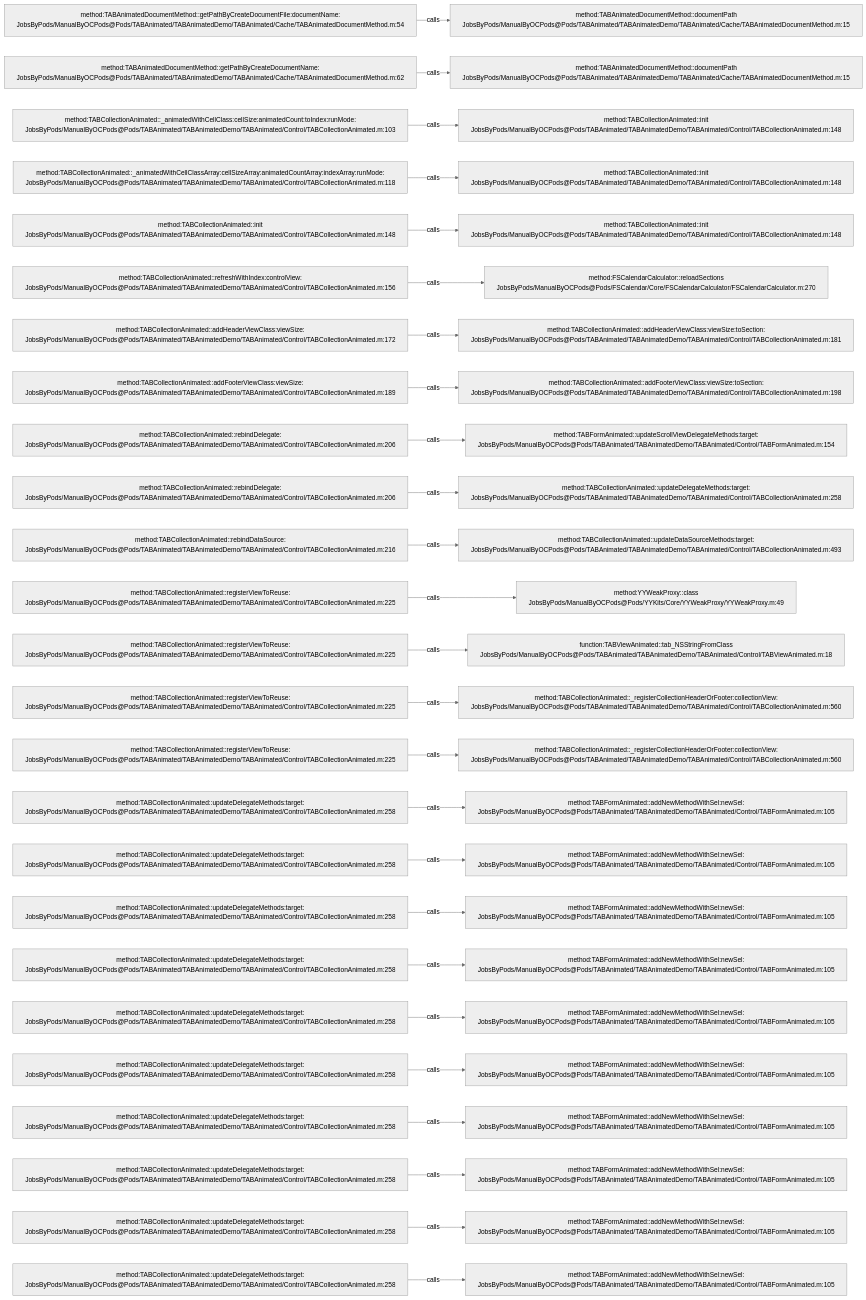
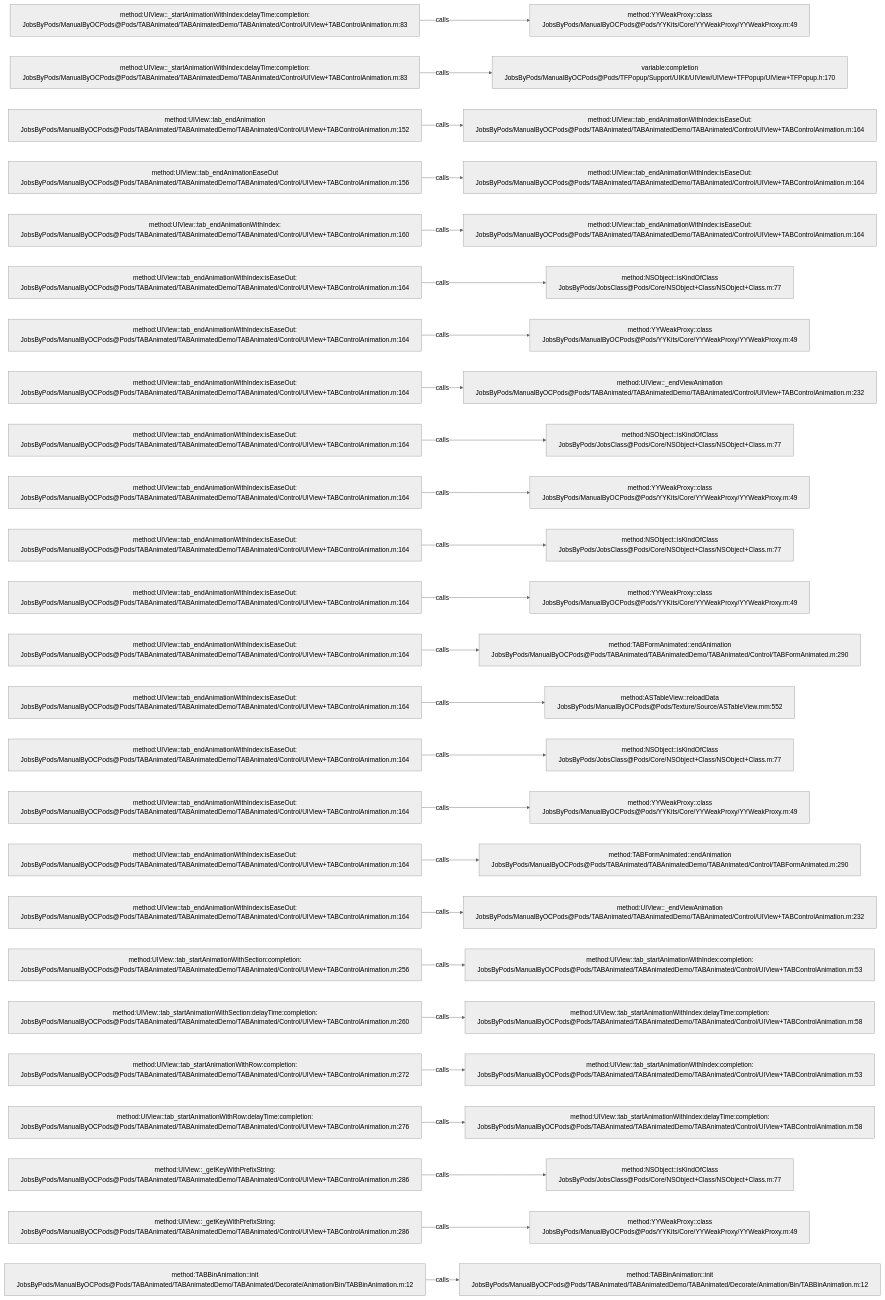
One commit to JobsKits/JobsOCBaseConfigDemo changed the diagram in .codegraph/codegraph.md/graphs/calls-029.md. Above: the diagram before and after it, drawn with Mermaid (neutral theme). The commit also changed 1223 other files, not shown here.

````diff
--- a/.codegraph/codegraph.md/graphs/calls-029.md
+++ b/.codegraph/codegraph.md/graphs/calls-029.md
@@ -13,78 +13,78 @@
 ```mermaid
 flowchart LR
-  S1["method:TABAnimatedDocumentMethod::getPathByCreateDocumentFile:documentName:<br/>JobsByPods/ManualByOCPods@Pods/TABAnimated/TABAnimatedDemo/TABAnimated/Cache/TABAnimatedDocumentMethod.m:54"]
-  T1["method:TABAnimatedDocumentMethod::documentPath<br/>JobsByPods/ManualByOCPods@Pods/TABAnimated/TABAnimatedDemo/TABAnimated/Cache/TABAnimatedDocumentMethod.m:15"]
+  S1["method:UIView::_startAnimationWithIndex:delayTime:completion:<br/>JobsByPods/ManualByOCPods@Pods/TABAnimated/TABAnimatedDemo/TABAnimated/Control/UIView+TABControlAnimation.m:83"]
+  T1["method:YYWeakProxy::class<br/>JobsByPods/ManualByOCPods@Pods/YYKits/Core/YYWeakProxy/YYWeakProxy.m:49"]
   S1 -->|calls| T1
-  S2["method:TABAnimatedDocumentMethod::getPathByCreateDocumentName:<br/>JobsByPods/ManualByOCPods@Pods/TABAnimated/TABAnimatedDemo/TABAnimated/Cache/TABAnimatedDocumentMethod.m:62"]
-  T2["method:TABAnimatedDocumentMethod::documentPath<br/>JobsByPods/ManualByOCPods@Pods/TABAnimated/TABAnimatedDemo/TABAnimated/Cache/TABAnimatedDocumentMethod.m:15"]
+  S2["method:UIView::_startAnimationWithIndex:delayTime:completion:<br/>JobsByPods/ManualByOCPods@Pods/TABAnimated/TABAnimatedDemo/TABAnimated/Control/UIView+TABControlAnimation.m:83"]
+  T2["variable:completion<br/>JobsByPods/ManualByOCPods@Pods/TFPopup/Support/UIKit/UIView/UIView+TFPopup/UIView+TFPopup.h:170"]
   S2 -->|calls| T2
-  S3["method:TABCollectionAnimated::_animatedWithCellClass:cellSize:animatedCount:toIndex:runMode:<br/>JobsByPods/ManualByOCPods@Pods/TABAnimated/TABAnimatedDemo/TABAnimated/Control/TABCollectionAnimated.m:103"]
-  T3["method:TABCollectionAnimated::init<br/>JobsByPods/ManualByOCPods@Pods/TABAnimated/TABAnimatedDemo/TABAnimated/Control/TABCollectionAnimated.m:148"]
+  S3["method:UIView::tab_endAnimation<br/>JobsByPods/ManualByOCPods@Pods/TABAnimated/TABAnimatedDemo/TABAnimated/Control/UIView+TABControlAnimation.m:152"]
+  T3["method:UIView::tab_endAnimationWithIndex:isEaseOut:<br/>JobsByPods/ManualByOCPods@Pods/TABAnimated/TABAnimatedDemo/TABAnimated/Control/UIView+TABControlAnimation.m:164"]
   S3 -->|calls| T3
-  S4["method:TABCollectionAnimated::_animatedWithCellClassArray:cellSizeArray:animatedCountArray:indexArray:runMode:<br/>JobsByPods/ManualByOCPods@Pods/TABAnimated/TABAnimatedDemo/TABAnimated/Control/TABCollectionAnimated.m:118"]
-  T4["method:TABCollectionAnimated::init<br/>JobsByPods/ManualByOCPods@Pods/TABAnimated/TABAnimatedDemo/TABAnimated/Control/TABCollectionAnimated.m:148"]
+  S4["method:UIView::tab_endAnimationEaseOut<br/>JobsByPods/ManualByOCPods@Pods/TABAnimated/TABAnimatedDemo/TABAnimated/Control/UIView+TABControlAnimation.m:156"]
+  T4["method:UIView::tab_endAnimationWithIndex:isEaseOut:<br/>JobsByPods/ManualByOCPods@Pods/TABAnimated/TABAnimatedDemo/TABAnimated/Control/UIView+TABControlAnimation.m:164"]
   S4 -->|calls| T4
-  S5["method:TABCollectionAnimated::init<br/>JobsByPods/ManualByOCPods@Pods/TABAnimated/TABAnimatedDemo/TABAnimated/Control/TABCollectionAnimated.m:148"]
-  T5["method:TABCollectionAnimated::init<br/>JobsByPods/ManualByOCPods@Pods/TABAnimated/TABAnimatedDemo/TABAnimated/Control/TABCollectionAnimated.m:148"]
+  S5["method:UIView::tab_endAnimationWithIndex:<br/>JobsByPods/ManualByOCPods@Pods/TABAnimated/TABAnimatedDemo/TABAnimated/Control/UIView+TABControlAnimation.m:160"]
+  T5["method:UIView::tab_endAnimationWithIndex:isEaseOut:<br/>JobsByPods/ManualByOCPods@Pods/TABAnimated/TABAnimatedDemo/TABAnimated/Control/UIView+TABControlAnimation.m:164"]
   S5 -->|calls| T5
-  S6["method:TABCollectionAnimated::refreshWithIndex:controlView:<br/>JobsByPods/ManualByOCPods@Pods/TABAnimated/TABAnimatedDemo/TABAnimated/Control/TABCollectionAnimated.m:156"]
-  T6["method:FSCalendarCalculator::reloadSections<br/>JobsByPods/ManualByOCPods@Pods/FSCalendar/Core/FSCalendarCalculator/FSCalendarCalculator.m:270"]
+  S6["method:UIView::tab_endAnimationWithIndex:isEaseOut:<br/>JobsByPods/ManualByOCPods@Pods/TABAnimated/TABAnimatedDemo/TABAnimated/Control/UIView+TABControlAnimation.m:164"]
+  T6["method:NSObject::isKindOfClass<br/>JobsByPods/JobsClass@Pods/Core/NSObject+Class/NSObject+Class.m:77"]
   S6 -->|calls| T6
-  S7["method:TABCollectionAnimated::addHeaderViewClass:viewSize:<br/>JobsByPods/ManualByOCPods@Pods/TABAnimated/TABAnimatedDemo/TABAnimated/Control/TABCollectionAnimated.m:172"]
-  T7["method:TABCollectionAnimated::addHeaderViewClass:viewSize:toSection:<br/>JobsByPods/ManualByOCPods@Pods/TABAnimated/TABAnimatedDemo/TABAnimated/Control/TABCollectionAnimated.m:181"]
+  S7["method:UIView::tab_endAnimationWithIndex:isEaseOut:<br/>JobsByPods/ManualByOCPods@Pods/TABAnimated/TABAnimatedDemo/TABAnimated/Control/UIView+TABControlAnimation.m:164"]
+  T7["method:YYWeakProxy::class<br/>JobsByPods/ManualByOCPods@Pods/YYKits/Core/YYWeakProxy/YYWeakProxy.m:49"]
   S7 -->|calls| T7
-  S8["method:TABCollectionAnimated::addFooterViewClass:viewSize:<br/>JobsByPods/ManualByOCPods@Pods/TABAnimated/TABAnimatedDemo/TABAnimated/Control/TABCollectionAnimated.m:189"]
-  T8["method:TABCollectionAnimated::addFooterViewClass:viewSize:toSection:<br/>JobsByPods/ManualByOCPods@Pods/TABAnimated/TABAnimatedDemo/TABAnimated/Control/TABCollectionAnimated.m:198"]
+  S8["method:UIView::tab_endAnimationWithIndex:isEaseOut:<br/>JobsByPods/ManualByOCPods@Pods/TABAnimated/TABAnimatedDemo/TABAnimated/Control/UIView+TABControlAnimation.m:164"]
+  T8["method:UIView::_endViewAnimation<br/>JobsByPods/ManualByOCPods@Pods/TABAnimated/TABAnimatedDemo/TABAnimated/Control/UIView+TABControlAnimation.m:232"]
   S8 -->|calls| T8
-  S9["method:TABCollectionAnimated::rebindDelegate:<br/>JobsByPods/ManualByOCPods@Pods/TABAnimated/TABAnimatedDemo/TABAnimated/Control/TABCollectionAnimated.m:206"]
-  T9["method:TABFormAnimated::updateScrollViewDelegateMethods:target:<br/>JobsByPods/ManualByOCPods@Pods/TABAnimated/TABAnimatedDemo/TABAnimated/Control/TABFormAnimated.m:154"]
+  S9["method:UIView::tab_endAnimationWithIndex:isEaseOut:<br/>JobsByPods/ManualByOCPods@Pods/TABAnimated/TABAnimatedDemo/TABAnimated/Control/UIView+TABControlAnimation.m:164"]
+  T9["method:NSObject::isKindOfClass<br/>JobsByPods/JobsClass@Pods/Core/NSObject+Class/NSObject+Class.m:77"]
   S9 -->|calls| T9
-  S10["method:TABCollectionAnimated::rebindDelegate:<br/>JobsByPods/ManualByOCPods@Pods/TABAnimated/TABAnimatedDemo/TABAnimated/Control/TABCollectionAnimated.m:206"]
-  T10["method:TABCollectionAnimated::updateDelegateMethods:target:<br/>JobsByPods/ManualByOCPods@Pods/TABAnimated/TABAnimatedDemo/TABAnimated/Control/TABCollectionAnimated.m:258"]
+  S10["method:UIView::tab_endAnimationWithIndex:isEaseOut:<br/>JobsByPods/ManualByOCPods@Pods/TABAnimated/TABAnimatedDemo/TABAnimated/Control/UIView+TABControlAnimation.m:164"]
+  T10["method:YYWeakProxy::class<br/>JobsByPods/ManualByOCPods@Pods/YYKits/Core/YYWeakProxy/YYWeakProxy.m:49"]
   S10 -->|calls| T10
-  S11["method:TABCollectionAnimated::rebindDataSource:<br/>JobsByPods/ManualByOCPods@Pods/TABAnimated/TABAnimatedDemo/TABAnimated/Control/TABCollectionAnimated.m:216"]
-  T11["method:TABCollectionAnimated::updateDataSourceMethods:target:<br/>JobsByPods/ManualByOCPods@Pods/TABAnimated/TABAnimatedDemo/TABAnimated/Control/TABCollectionAnimated.m:493"]
+  S11["method:UIView::tab_endAnimationWithIndex:isEaseOut:<br/>JobsByPods/ManualByOCPods@Pods/TABAnimated/TABAnimatedDemo/TABAnimated/Control/UIView+TABControlAnimation.m:164"]
+  T11["method:NSObject::isKindOfClass<br/>JobsByPods/JobsClass@Pods/Core/NSObject+Class/NSObject+Class.m:77"]
   S11 -->|calls| T11
-  S12["method:TABCollectionAnimated::registerViewToReuse:<br/>JobsByPods/ManualByOCPods@Pods/TABAnimated/TABAnimatedDemo/TABAnimated/Control/TABCollectionAnimated.m:225"]
+  S12["method:UIView::tab_endAnimationWithIndex:isEaseOut:<br/>JobsByPods/ManualByOCPods@Pods/TABAnimated/TABAnimatedDemo/TABAnimated/Control/UIView+TABControlAnimation.m:164"]
   T12["method:YYWeakProxy::class<br/>JobsByPods/ManualByOCPods@Pods/YYKits/Core/YYWeakProxy/YYWeakProxy.m:49"]
   S12 -->|calls| T12
-  S13["method:TABCollectionAnimated::registerViewToReuse:<br/>JobsByPods/ManualByOCPods@Pods/TABAnimated/TABAnimatedDemo/TABAnimated/Control/TABCollectionAnimated.m:225"]
-  T13["function:TABViewAnimated::tab_NSStringFromClass<br/>JobsByPods/ManualByOCPods@Pods/TABAnimated/TABAnimatedDemo/TABAnimated/Control/TABViewAnimated.m:18"]
+  S13["method:UIView::tab_endAnimationWithIndex:isEaseOut:<br/>JobsByPods/ManualByOCPods@Pods/TABAnimated/TABAnimatedDemo/TABAnimated/Control/UIView+TABControlAnimation.m:164"]
+  T13["method:TABFormAnimated::endAnimation<br/>JobsByPods/ManualByOCPods@Pods/TABAnimated/TABAnimatedDemo/TABAnimated/Control/TABFormAnimated.m:290"]
   S13 -->|calls| T13
-  S14["method:TABCollectionAnimated::registerViewToReuse:<br/>JobsByPods/ManualByOCPods@Pods/TABAnimated/TABAnimatedDemo/TABAnimated/Control/TABCollectionAnimated.m:225"]
-  T14["method:TABCollectionAnimated::_registerCollectionHeaderOrFooter:collectionView:<br/>JobsByPods/ManualByOCPods@Pods/TABAnimated/TABAnimatedDemo/TABAnimated/Control/TABCollectionAnimated.m:560"]
+  S14["method:UIView::tab_endAnimationWithIndex:isEaseOut:<br/>JobsByPods/ManualByOCPods@Pods/TABAnimated/TABAnimatedDemo/TABAnimated/Control/UIView+TABControlAnimation.m:164"]
+  T14["method:ASTableView::reloadData<br/>JobsByPods/ManualByOCPods@Pods/Texture/Source/ASTableView.mm:552"]
   S14 -->|calls| T14
-  S15["method:TABCollectionAnimated::registerViewToReuse:<br/>JobsByPods/ManualByOCPods@Pods/TABAnimated/TABAnimatedDemo/TABAnimated/Control/TABCollectionAnimated.m:225"]
-  T15["method:TABCollectionAnimated::_registerCollectionHeaderOrFooter:collectionView:<br/>JobsByPods/ManualByOCPods@Pods/TABAnimated/TABAnimatedDemo/TABAnimated/Control/TABCollectionAnimated.m:560"]
+  S15["method:UIView::tab_endAnimationWithIndex:isEaseOut:<br/>JobsByPods/ManualByOCPods@Pods/TABAnimated/TABAnimatedDemo/TABAnimated/Control/UIView+TABControlAnimation.m:164"]
+  T15["method:NSObject::isKindOfClass<br/>JobsByPods/JobsClass@Pods/Core/NSObject+Class/NSObject+Class.m:77"]
   S15 -->|calls| T15
-  S16["method:TABCollectionAnimated::updateDelegateMethods:target:<br/>JobsByPods/ManualByOCPods@Pods/TABAnimated/TABAnimatedDemo/TABAnimated/Control/TABCollectionAnimated.m:258"]
-  T16["method:TABFormAnimated::addNewMethodWithSel:newSel:<br/>JobsByPods/ManualByOCPods@Pods/TABAnimated/TABAnimatedDemo/TABAnimated/Control/TABFormAnimated.m:105"]
+  S16["method:UIView::tab_endAnimationWithIndex:isEaseOut:<br/>JobsByPods/ManualByOCPods@Pods/TABAnimated/TABAnimatedDemo/TABAnimated/Control/UIView+TABControlAnimation.m:164"]
+  T16["method:YYWeakProxy::class<br/>JobsByPods/ManualByOCPods@Pods/YYKits/Core/YYWeakProxy/YYWeakProxy.m:49"]
   S16 -->|calls| T16
-  S17["method:TABCollectionAnimated::updateDelegateMethods:target:<br/>JobsByPods/ManualByOCPods@Pods/TABAnimated/TABAnimatedDemo/TABAnimated/Control/TABCollectionAnimated.m:258"]
-  T17["method:TABFormAnimated::addNewMethodWithSel:newSel:<br/>JobsByPods/ManualByOCPods@Pods/TABAnimated/TABAnimatedDemo/TABAnimated/Control/TABFormAnimated.m:105"]
+  S17["method:UIView::tab_endAnimationWithIndex:isEaseOut:<br/>JobsByPods/ManualByOCPods@Pods/TABAnimated/TABAnimatedDemo/TABAnimated/Control/UIView+TABControlAnimation.m:164"]
+  T17["method:TABFormAnimated::endAnimation<br/>JobsByPods/ManualByOCPods@Pods/TABAnimated/TABAnimatedDemo/TABAnimated/Control/TABFormAnimated.m:290"]
   S17 -->|calls| T17
-  S18["method:TABCollectionAnimated::updateDelegateMethods:target:<br/>JobsByPods/ManualByOCPods@Pods/TABAnimated/TABAnimatedDemo/TABAnimated/Control/TABCollectionAnimated.m:258"]
-  T18["method:TABFormAnimated::addNewMethodWithSel:newSel:<br/>JobsByPods/ManualByOCPods@Pods/TABAnimated/TABAnimatedDemo/TABAnimated/Control/TABFormAnimated.m:105"]
+  S18["method:UIView::tab_endAnimationWithIndex:isEaseOut:<br/>JobsByPods/ManualByOCPods@Pods/TABAnimated/TABAnimatedDemo/TABAnimated/Control/UIView+TABControlAnimation.m:164"]
+  T18["method:UIView::_endViewAnimation<br/>JobsByPods/ManualByOCPods@Pods/TABAnimated/TABAnimatedDemo/TABAnimated/Control/UIView+TABControlAnimation.m:232"]
   S18 -->|calls| T18
-  S19["method:TABCollectionAnimated::updateDelegateMethods:target:<br/>JobsByPods/ManualByOCPods@Pods/TABAnimated/TABAnimatedDemo/TABAnimated/Control/TABCollectionAnimated.m:258"]
-  T19["method:TABFormAnimated::addNewMethodWithSel:newSel:<br/>JobsByPods/ManualByOCPods@Pods/TABAnimated/TABAnimatedDemo/TABAnimated/Control/TABFormAnimated.m:105"]
+  S19["method:UIView::tab_startAnimationWithSection:completion:<br/>JobsByPods/ManualByOCPods@Pods/TABAnimated/TABAnimatedDemo/TABAnimated/Control/UIView+TABControlAnimation.m:256"]
+  T19["method:UIView::tab_startAnimationWithIndex:completion:<br/>JobsByPods/ManualByOCPods@Pods/TABAnimated/TABAnimatedDemo/TABAnimated/Control/UIView+TABControlAnimation.m:53"]
   S19 -->|calls| T19
-  S20["method:TABCollectionAnimated::updateDelegateMethods:target:<br/>JobsByPods/ManualByOCPods@Pods/TABAnimated/TABAnimatedDemo/TABAnimated/Control/TABCollectionAnimated.m:258"]
-  T20["method:TABFormAnimated::addNewMethodWithSel:newSel:<br/>JobsByPods/ManualByOCPods@Pods/TABAnimated/TABAnimatedDemo/TABAnimated/Control/TABFormAnimated.m:105"]
+  S20["method:UIView::tab_startAnimationWithSection:delayTime:completion:<br/>JobsByPods/ManualByOCPods@Pods/TABAnimated/TABAnimatedDemo/TABAnimated/Control/UIView+TABControlAnimation.m:260"]
+  T20["method:UIView::tab_startAnimationWithIndex:delayTime:completion:<br/>JobsByPods/ManualByOCPods@Pods/TABAnimated/TABAnimatedDemo/TABAnimated/Control/UIView+TABControlAnimation.m:58"]
   S20 -->|calls| T20
-  S21["method:TABCollectionAnimated::updateDelegateMethods:target:<br/>JobsByPods/ManualByOCPods@Pods/TABAnimated/TABAnimatedDemo/TABAnimated/Control/TABCollectionAnimated.m:258"]
-  T21["method:TABFormAnimated::addNewMethodWithSel:newSel:<br/>JobsByPods/ManualByOCPods@Pods/TABAnimated/TABAnimatedDemo/TABAnimated/Control/TABFormAnimated.m:105"]
+  S21["method:UIView::tab_startAnimationWithRow:completion:<br/>JobsByPods/ManualByOCPods@Pods/TABAnimated/TABAnimatedDemo/TABAnimated/Control/UIView+TABControlAnimation.m:272"]
+  T21["method:UIView::tab_startAnimationWithIndex:completion:<br/>JobsByPods/ManualByOCPods@Pods/TABAnimated/TABAnimatedDemo/TABAnimated/Control/UIView+TABControlAnimation.m:53"]
   S21 -->|calls| T21
-  S22["method:TABCollectionAnimated::updateDelegateMethods:target:<br/>JobsByPods/ManualByOCPods@Pods/TABAnimated/TABAnimatedDemo/TABAnimated/Control/TABCollectionAnimated.m:258"]
-  T22["method:TABFormAnimated::addNewMethodWithSel:newSel:<br/>JobsByPods/ManualByOCPods@Pods/TABAnimated/TABAnimatedDemo/TABAnimated/Control/TABFormAnimated.m:105"]
+  S22["method:UIView::tab_startAnimationWithRow:delayTime:completion:<br/>JobsByPods/ManualByOCPods@Pods/TABAnimated/TABAnimatedDemo/TABAnimated/Control/UIView+TABControlAnimation.m:276"]
+  T22["method:UIView::tab_startAnimationWithIndex:delayTime:completion:<br/>JobsByPods/ManualByOCPods@Pods/TABAnimated/TABAnimatedDemo/TABAnimated/Control/UIView+TABControlAnimation.m:58"]
   S22 -->|calls| T22
-  S23["method:TABCollectionAnimated::updateDelegateMethods:target:<br/>JobsByPods/ManualByOCPods@Pods/TABAnimated/TABAnimatedDemo/TABAnimated/Control/TABCollectionAnimated.m:258"]
-  T23["method:TABFormAnimated::addNewMethodWithSel:newSel:<br/>JobsByPods/ManualByOCPods@Pods/TABAnimated/TABAnimatedDemo/TABAnimated/Control/TABFormAnimated.m:105"]
+  S23["method:UIView::_getKeyWithPrefixString:<br/>JobsByPods/ManualByOCPods@Pods/TABAnimated/TABAnimatedDemo/TABAnimated/Control/UIView+TABControlAnimation.m:286"]
+  T23["method:NSObject::isKindOfClass<br/>JobsByPods/JobsClass@Pods/Core/NSObject+Class/NSObject+Class.m:77"]
   S23 -->|calls| T23
-  S24["method:TABCollectionAnimated::updateDelegateMethods:target:<br/>JobsByPods/ManualByOCPods@Pods/TABAnimated/TABAnimatedDemo/TABAnimated/Control/TABCollectionAnimated.m:258"]
-  T24["method:TABFormAnimated::addNewMethodWithSel:newSel:<br/>JobsByPods/ManualByOCPods@Pods/TABAnimated/TABAnimatedDemo/TABAnimated/Control/TABFormAnimated.m:105"]
+  S24["method:UIView::_getKeyWithPrefixString:<br/>JobsByPods/ManualByOCPods@Pods/TABAnimated/TABAnimatedDemo/TABAnimated/Control/UIView+TABControlAnimation.m:286"]
+  T24["method:YYWeakProxy::class<br/>JobsByPods/ManualByOCPods@Pods/YYKits/Core/YYWeakProxy/YYWeakProxy.m:49"]
   S24 -->|calls| T24
-  S25["method:TABCollectionAnimated::updateDelegateMethods:target:<br/>JobsByPods/ManualByOCPods@Pods/TABAnimated/TABAnimatedDemo/TABAnimated/Control/TABCollectionAnimated.m:258"]
-  T25["method:TABFormAnimated::addNewMethodWithSel:newSel:<br/>JobsByPods/ManualByOCPods@Pods/TABAnimated/TABAnimatedDemo/TABAnimated/Control/TABFormAnimated.m:105"]
+  S25["method:TABBinAnimation::init<br/>JobsByPods/ManualByOCPods@Pods/TABAnimated/TABAnimatedDemo/TABAnimated/Decorate/Animation/Bin/TABBinAnimation.m:12"]
+  T25["method:TABBinAnimation::init<br/>JobsByPods/ManualByOCPods@Pods/TABAnimated/TABAnimatedDemo/TABAnimated/Decorate/Animation/Bin/TABBinAnimation.m:12"]
   S25 -->|calls| T25
 ```
````
